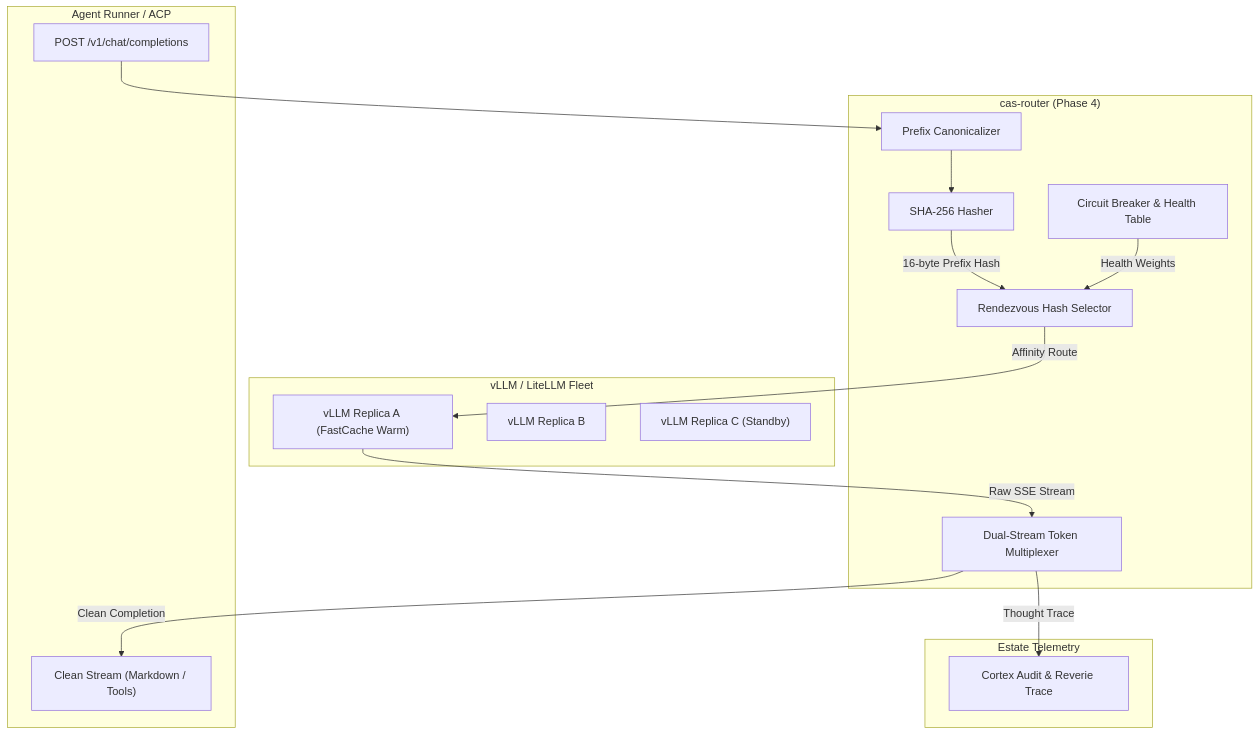
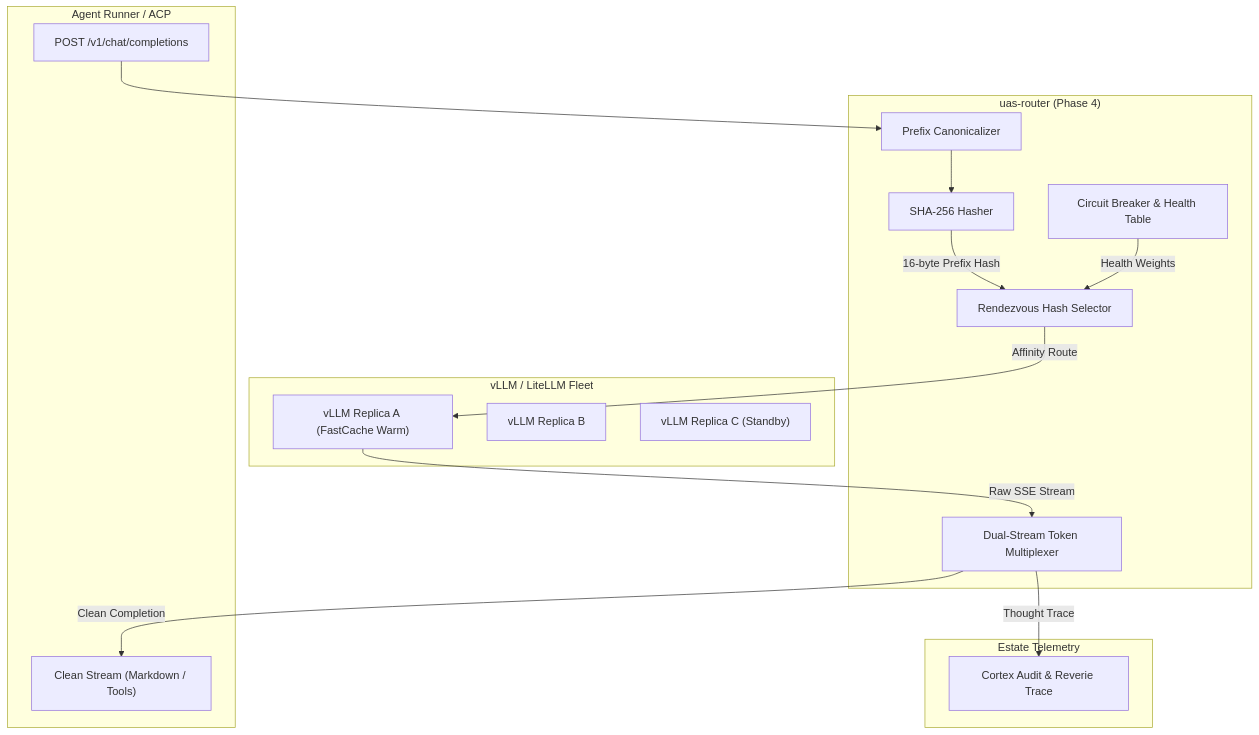
The diagram in specs/0017-fastcache-prefix-hashing-and-affinity-routing.md (unsigned-gg/uas), drawn with Mermaid before and after one commit. The commit also changed other lines of this file and 12 other files, not shown here.

First line of the commit message:
docs(specs): rename cas to uas in the prose of specs 0014 to 0026 (spec 0037 D4)

````diff
--- a/specs/0017-fastcache-prefix-hashing-and-affinity-routing.md
+++ b/specs/0017-fastcache-prefix-hashing-and-affinity-routing.md
@@ -58,34 +58,34 @@
 ```mermaid
 flowchart TD
     subgraph Client["Agent Runner / ACP"]
         Req["POST /v1/chat/completions"]
         RespStream["Clean Stream (Markdown / Tools)"]
     end
 
-    subgraph Router["cas-router (Phase 4)"]
+    subgraph Router["uas-router (Phase 4)"]
         Parser["Prefix Canonicalizer"]
         Hasher["SHA-256 Hasher"]
         HRW["Rendezvous Hash Selector"]
         Circuit["Circuit Breaker & Health Table"]
         Mux["Dual-Stream Token Multiplexer"]
     end
 
     subgraph Upstream["vLLM / LiteLLM Fleet"]
         NodeA["vLLM Replica A (FastCache Warm)"]
         NodeB["vLLM Replica B"]
         NodeC["vLLM Replica C (Standby)"]
     end
 
     subgraph Telemetry["Estate Telemetry"]
         Logs["Cortex Audit & Reverie Trace"]
     end
 
     Req --> Parser
     Parser --> Hasher
     Hasher -->|16-byte Prefix Hash| HRW
     Circuit -->|Health Weights| HRW
     HRW -->|Affinity Route| NodeA
     NodeA -->|Raw SSE Stream| Mux
     Mux -->|Thought Trace <think>| Logs
     Mux -->|Clean Completion| RespStream
 ```
````
